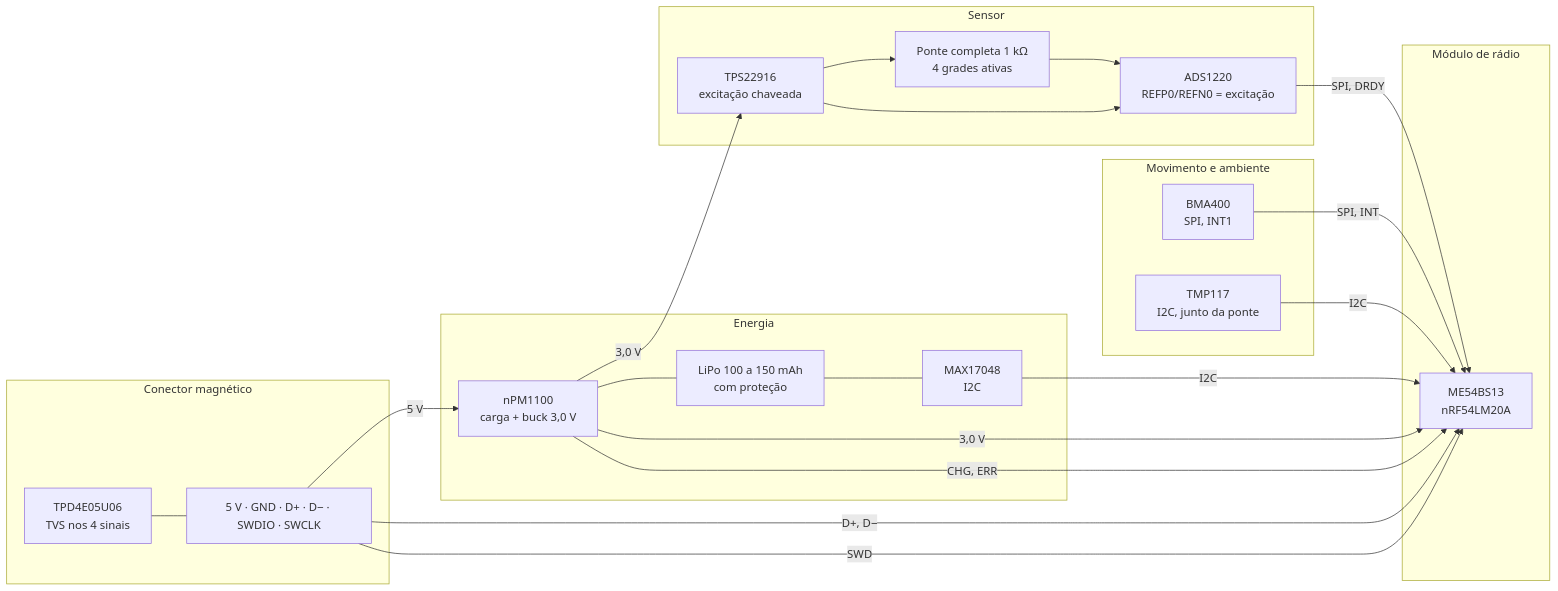
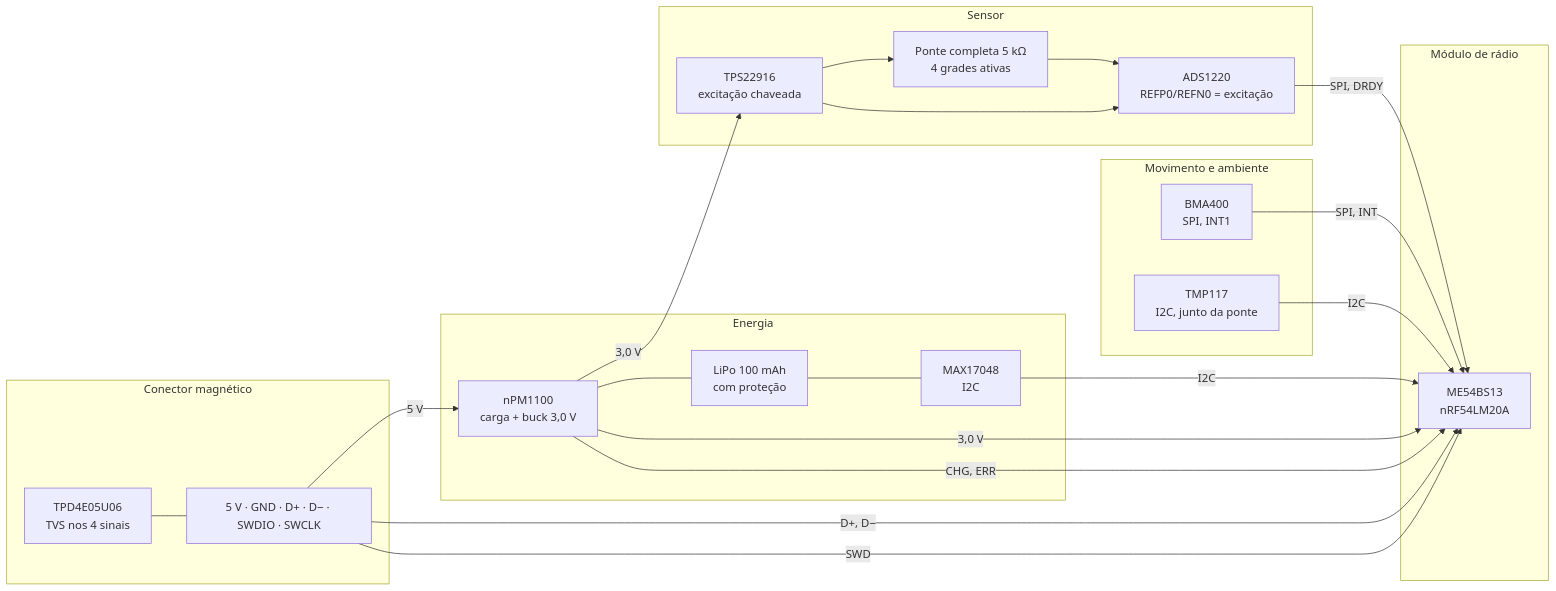
Before and after one commit to Guiimartinho/bike-powermeter: the diagram in docs/02-hardware.md, drawn with Mermaid. The commit also changed other lines of this file and 5 other files, not shown here.

````diff
--- a/docs/02-hardware.md
+++ b/docs/02-hardware.md
@@ -26,39 +26,39 @@
 ```mermaid
 flowchart LR
     subgraph SENSOR["Sensor"]
-        B["Ponte completa 1 kΩ<br/>4 grades ativas"]
+        B["Ponte completa 5 kΩ<br/>4 grades ativas"]
         SW["TPS22916<br/>excitação chaveada"]
         A["ADS1220<br/>REFP0/REFN0 = excitação"]
         SW --> B --> A
         SW --> A
     end
     subgraph MOV["Movimento e ambiente"]
         I["BMA400<br/>SPI, INT1"]
         T["TMP117<br/>I2C, junto da ponte"]
     end
     subgraph MCU["Módulo de rádio"]
         M["ME54BS13<br/>nRF54LM20A"]
     end
     subgraph EN["Energia"]
         P["nPM1100<br/>carga + buck 3,0 V"]
-        BAT["LiPo 100 a 150 mAh<br/>com proteção"]
+        BAT["LiPo 100 mAh<br/>com proteção"]
         F["MAX17048<br/>I2C"]
         P --- BAT
         BAT --- F
     end
     subgraph CON["Conector magnético"]
         C["5 V · GND · D+ · D− · SWDIO · SWCLK"]
         E["TPD4E05U06<br/>TVS nos 4 sinais"]
     end
     A -- "SPI, DRDY" --> M
     I -- "SPI, INT" --> M
     T -- "I2C" --> M
     F -- "I2C" --> M
     P -- "3,0 V" --> M
     P -- "3,0 V" --> SW
     P -- "CHG, ERR" --> M
     C -- "5 V" --> P
     C -- "D+, D−" --> M
     C -- "SWD" --> M
     E --- C
 ```
````
